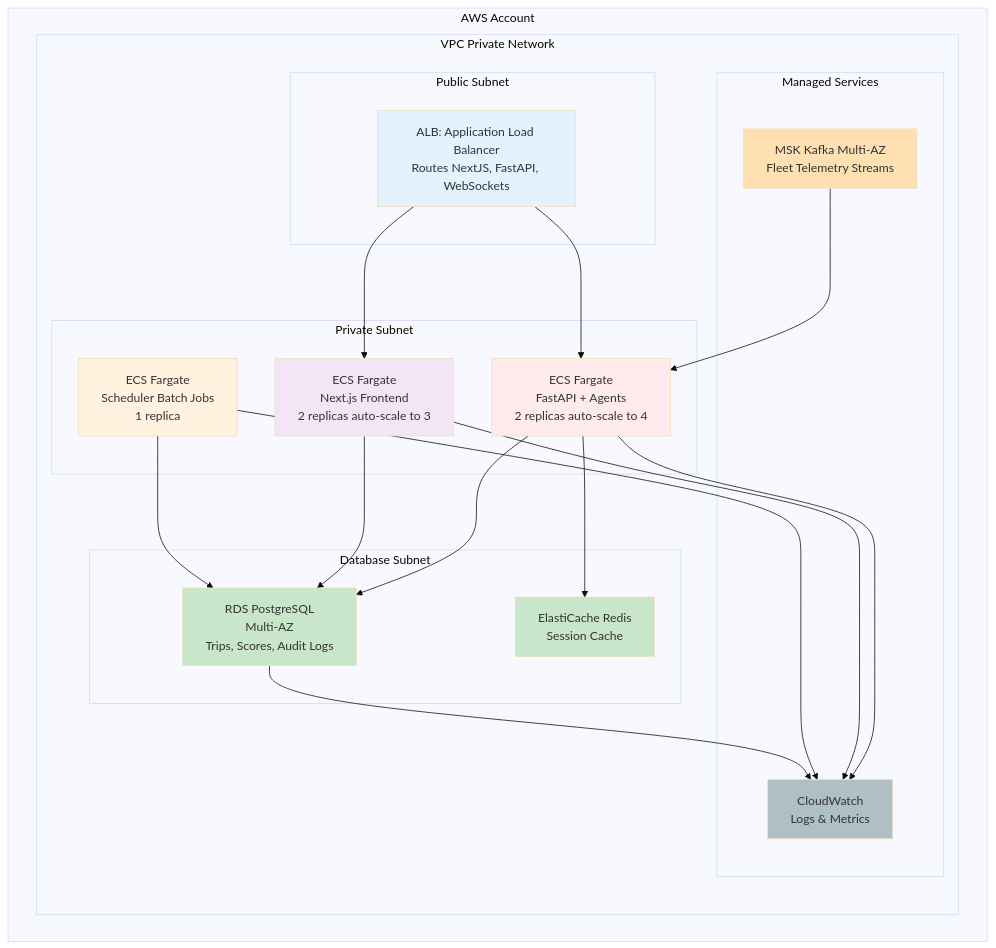
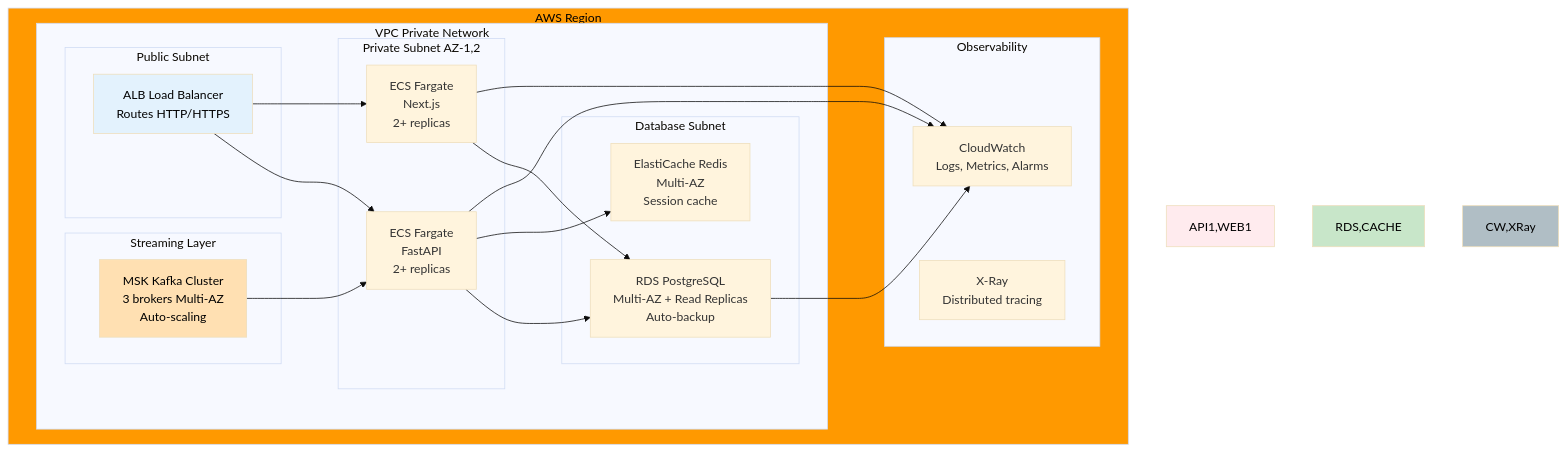
Before and after one commit to tracedata-ai/tracedata-ai-monorepo: the third of 5 diagrams in docs/architecture/architecture.md, drawn with Mermaid (base theme). The commit also changed other lines of this file, not shown here.

Commit message:
TDATA-5-architecture-Updated

````diff
--- a/docs/architecture/architecture.md
+++ b/docs/architecture/architecture.md
@@ -403,56 +478,46 @@
 ```mermaid
 graph TB
-    subgraph AWS["AWS Account"]
+    subgraph AWS["AWS Region"]
         subgraph VPC["VPC Private Network"]
             subgraph PUBLIC["Public Subnet"]
-                ALB["ALB: Application Load Balancer<br/>Routes NextJS, FastAPI, WebSockets"]
+                ALB["ALB Load Balancer<br/>Routes HTTP/HTTPS"]
             end
 
-            subgraph PRIVATE["Private Subnet"]
-                FASTAPI["ECS Fargate<br/>FastAPI + Agents<br/>2 replicas auto-scale to 4"]
-                NEXTJS["ECS Fargate<br/>Next.js Frontend<br/>2 replicas auto-scale to 3"]
-                SCHEDULER["ECS Fargate<br/>Scheduler Batch Jobs<br/>1 replica"]
+            subgraph PRIVATE["Private Subnet AZ-1,2"]
+                API1["ECS Fargate<br/>FastAPI<br/>2+ replicas"]
+                WEB1["ECS Fargate<br/>Next.js<br/>2+ replicas"]
             end
 
-            subgraph DATABASE["Database Subnet"]
-                RDS["RDS PostgreSQL<br/>Multi-AZ<br/>Trips, Scores, Audit Logs"]
-                CACHE["ElastiCache Redis<br/>Session Cache"]
+            subgraph DB_SUBNET["Database Subnet"]
+                RDS["RDS PostgreSQL<br/>Multi-AZ + Read Replicas<br/>Auto-backup"]
+                CACHE["ElastiCache Redis<br/>Multi-AZ<br/>Session cache"]
             end
 
-            subgraph MANAGED["Managed Services"]
-                MSK["MSK Kafka Multi-AZ<br/>Fleet Telemetry Streams"]
-                CLOUDWATCH["CloudWatch<br/>Logs & Metrics"]
+            subgraph KAFKA_SUBNET["Streaming Layer"]
+                MSK["MSK Kafka Cluster<br/>3 brokers Multi-AZ<br/>Auto-scaling"]
             end
+        end
+
+        subgraph MONITORING["Observability"]
+            CW["CloudWatch<br/>Logs, Metrics, Alarms"]
+            XRay["X-Ray<br/>Distributed tracing"]
         end
     end
 
-    ALB --> FASTAPI
-    ALB --> NEXTJS
-    MSK --> FASTAPI
-    FASTAPI --> RDS
-    FASTAPI --> CACHE
-    FASTAPI --> CLOUDWATCH
-    NEXTJS --> RDS
-    NEXTJS --> CLOUDWATCH
-    SCHEDULER --> RDS
-    SCHEDULER --> CLOUDWATCH
-    RDS --> CLOUDWATCH
+    ALB --> API1
+    ALB --> WEB1
+    MSK --> API1
+    API1 --> RDS
+    API1 --> CACHE
+    API1 --> CW
+    WEB1 --> RDS
+    WEB1 --> CW
+    RDS --> CW
 
-    classDef alb fill:#e3f2fd
-    classDef compute fill:#ffebee
-    classDef ui fill:#f3e5f5
-    classDef batch fill:#fff3e0
-    classDef db fill:#c8e6c9
-    classDef cache fill:#c8e6c9
-    classDef kafka fill:#ffe0b2
-    classDef monitoring fill:#b0bec5
-
-    class ALB alb
-    class FASTAPI compute
-    class NEXTJS ui
-    class SCHEDULER batch
-    class RDS db
-    class CACHE cache
-    class MSK kafka
-    class CLOUDWATCH monitoring
+    style AWS fill:#ff9900,color:#000
+    style ALB fill:#e3f2fd,color:#000
+    style API1,WEB1 fill:#ffebee,color:#000
+    style RDS,CACHE fill:#c8e6c9,color:#000
+    style MSK fill:#ffe0b2,color:#000
+    style CW,XRay fill:#b0bec5,color:#000
 ```
````
